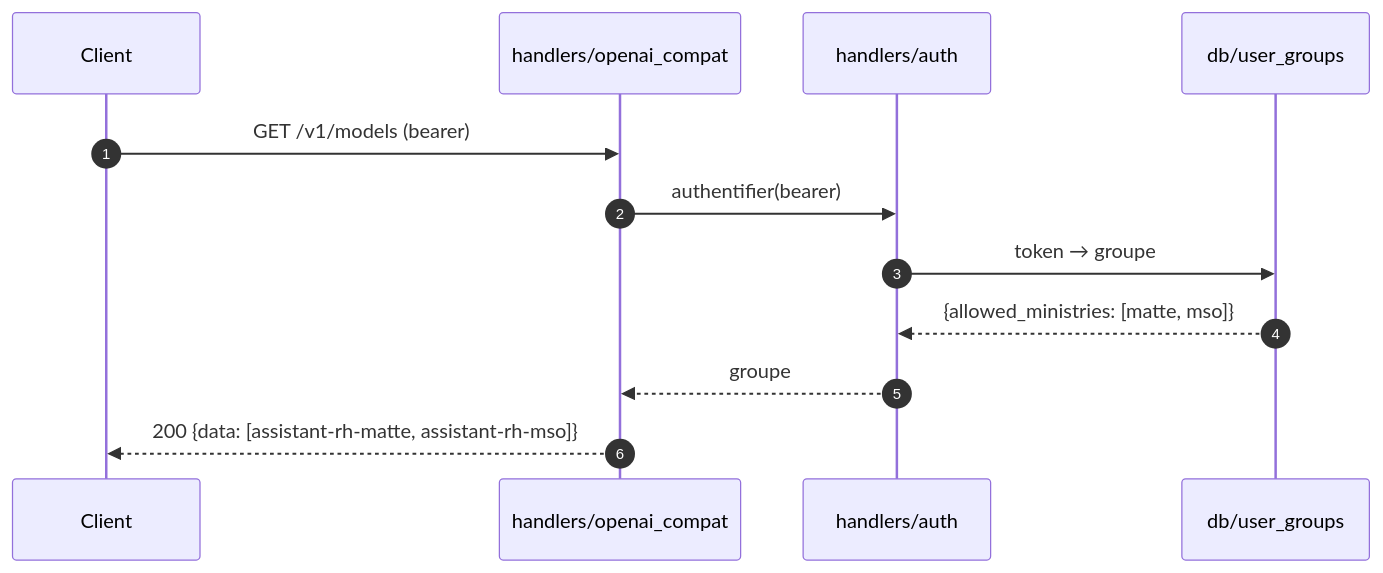
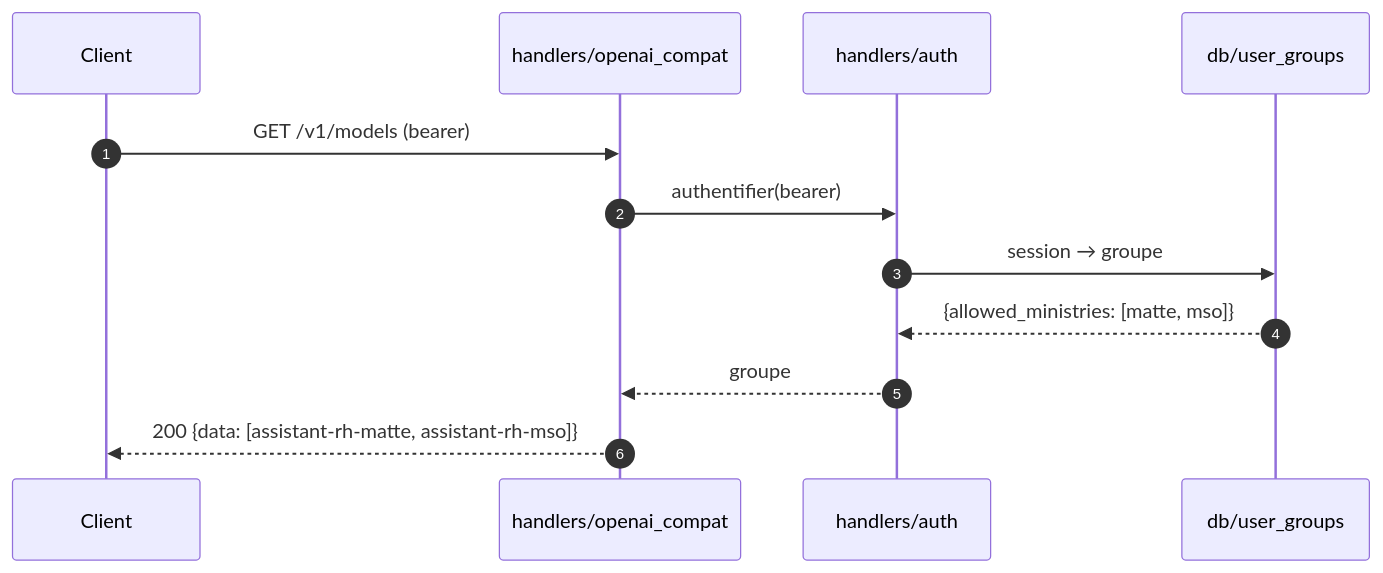
One commit to DGAFP/assistant-rh changed the third of 8 diagrams in docs/architecture/hexagonal-split/03-sequence-diagrams.md. Above: the diagram before and after it, drawn with Mermaid. The commit also changed other lines of this file and 8 other files, not shown here.

````diff
--- a/docs/architecture/hexagonal-split/03-sequence-diagrams.md
+++ b/docs/architecture/hexagonal-split/03-sequence-diagrams.md
@@ -64,15 +87,15 @@
 ```mermaid
 sequenceDiagram
     autonumber
     participant C as Client
     participant H as handlers/openai_compat
     participant A as handlers/auth
     participant UG as db/user_groups
 
     C->>H: GET /v1/models (bearer)
     H->>A: authentifier(bearer)
-    A->>UG: token → groupe
+    A->>UG: session → groupe
     UG-->>A: {allowed_ministries: [matte, mso]}
     A-->>H: groupe
     H-->>C: 200 {data: [assistant-rh-matte, assistant-rh-mso]}
 ```
````
